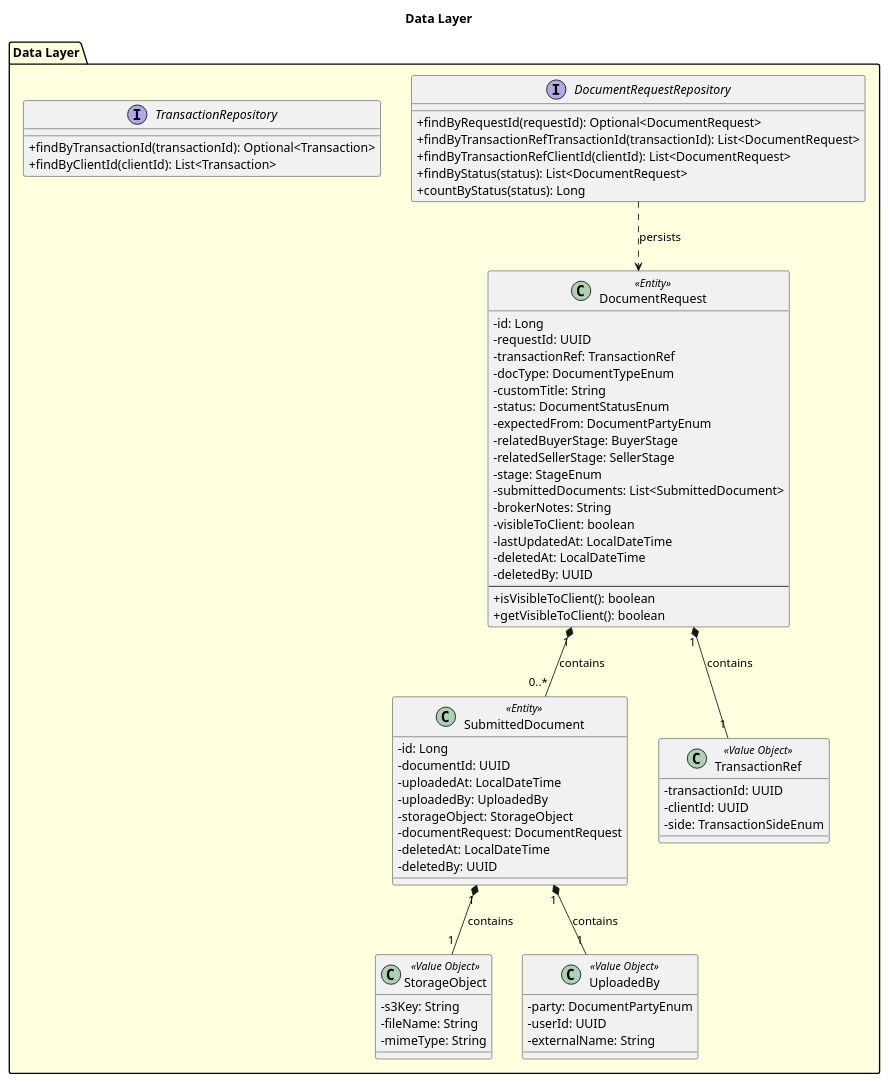
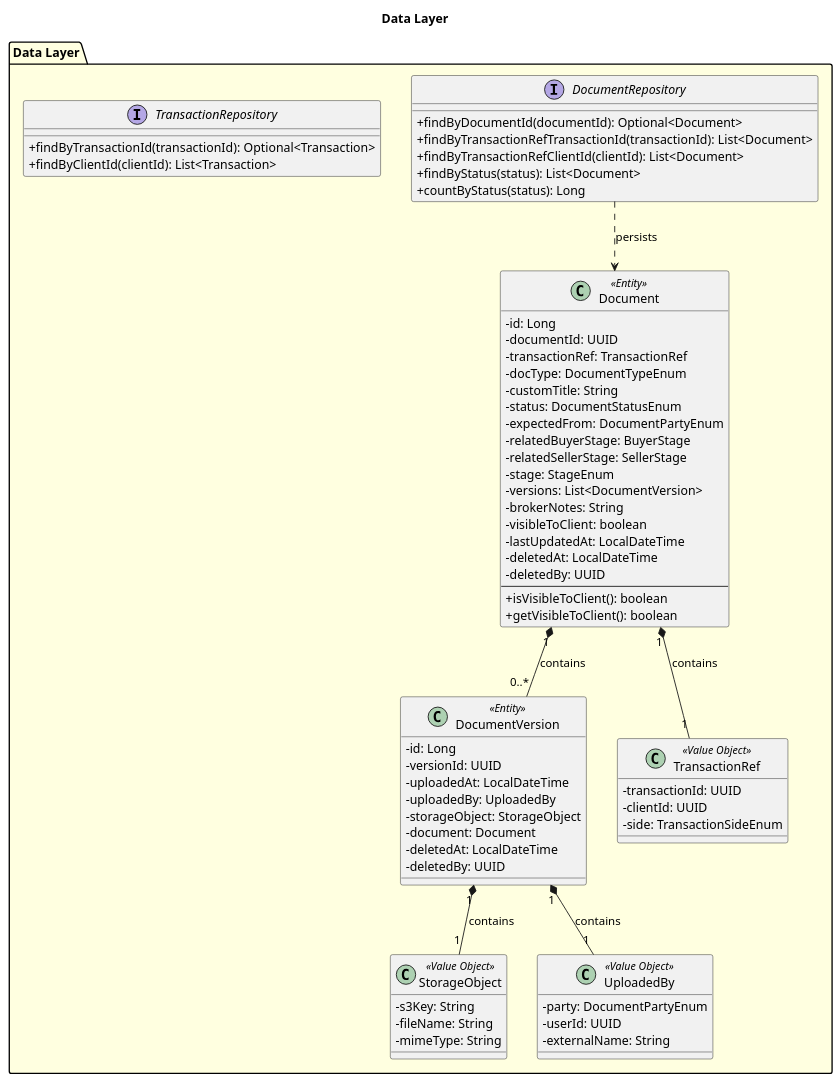
Before and after one commit to CourtierPro/CourtierPro: the diagram in docs/PersonalUseCase/Shawn/ManageTransactionDocuments/Artifacts/DesignLevelClassDiagramChunks/DataLayer.puml, drawn with PlantUML. The commit also changed 21 other files, not shown here.

First line of the commit message:
Updated diagrams

```diff
--- a/docs/PersonalUseCase/Shawn/ManageTransactionDocuments/Artifacts/DesignLevelClassDiagramChunks/DataLayer.puml
+++ b/docs/PersonalUseCase/Shawn/ManageTransactionDocuments/Artifacts/DesignLevelClassDiagramChunks/DataLayer.puml
@@ -1,79 +1,79 @@
 @startuml DataLayer
 skinparam classAttributeIconSize 0
 
 title Data Layer
 
 package "Data Layer" #LightYellow {
-  interface DocumentRequestRepository {
-    + findByRequestId(requestId): Optional<DocumentRequest>
-    + findByTransactionRefTransactionId(transactionId): List<DocumentRequest>
-    + findByTransactionRefClientId(clientId): List<DocumentRequest>
-    + findByStatus(status): List<DocumentRequest>
+  interface DocumentRepository {
+    + findByDocumentId(documentId): Optional<Document>
+    + findByTransactionRefTransactionId(transactionId): List<Document>
+    + findByTransactionRefClientId(clientId): List<Document>
+    + findByStatus(status): List<Document>
     + countByStatus(status): Long
   }
   
   interface TransactionRepository {
     + findByTransactionId(transactionId): Optional<Transaction>
     + findByClientId(clientId): List<Transaction>
   }
   
-  class DocumentRequest <<Entity>> {
+  class Document <<Entity>> {
     - id: Long
-    - requestId: UUID
+    - documentId: UUID
     - transactionRef: TransactionRef
     - docType: DocumentTypeEnum
     - customTitle: String
     - status: DocumentStatusEnum
     - expectedFrom: DocumentPartyEnum
     - relatedBuyerStage: BuyerStage
     - relatedSellerStage: SellerStage
     - stage: StageEnum
-    - submittedDocuments: List<SubmittedDocument>
+    - versions: List<DocumentVersion>
     - brokerNotes: String
     - visibleToClient: boolean
     - lastUpdatedAt: LocalDateTime
     - deletedAt: LocalDateTime
     - deletedBy: UUID
     --
     + isVisibleToClient(): boolean
     + getVisibleToClient(): boolean
   }
   
-  class SubmittedDocument <<Entity>> {
+  class DocumentVersion <<Entity>> {
     - id: Long
-    - documentId: UUID
+    - versionId: UUID
     - uploadedAt: LocalDateTime
     - uploadedBy: UploadedBy
     - storageObject: StorageObject
-    - documentRequest: DocumentRequest
+    - document: Document
     - deletedAt: LocalDateTime
     - deletedBy: UUID
   }
   
   class TransactionRef <<Value Object>> {
     - transactionId: UUID
     - clientId: UUID
     - side: TransactionSideEnum
   }
   
   class StorageObject <<Value Object>> {
     - s3Key: String
     - fileName: String
     - mimeType: String
   }
   
   class UploadedBy <<Value Object>> {
     - party: DocumentPartyEnum
     - userId: UUID
     - externalName: String
   }
   
   ' Intra-package relationships
-  DocumentRequestRepository ..> DocumentRequest : persists
-  DocumentRequest "1" *-- "1" TransactionRef : contains
-  DocumentRequest "1" *-- "0..*" SubmittedDocument : contains
-  SubmittedDocument "1" *-- "1" StorageObject : contains
-  SubmittedDocument "1" *-- "1" UploadedBy : contains
+  DocumentRepository ..> Document : persists
+  Document "1" *-- "1" TransactionRef : contains
+  Document "1" *-- "0..*" DocumentVersion : contains
+  DocumentVersion "1" *-- "1" StorageObject : contains
+  DocumentVersion "1" *-- "1" UploadedBy : contains
 }
 
 @enduml
```
